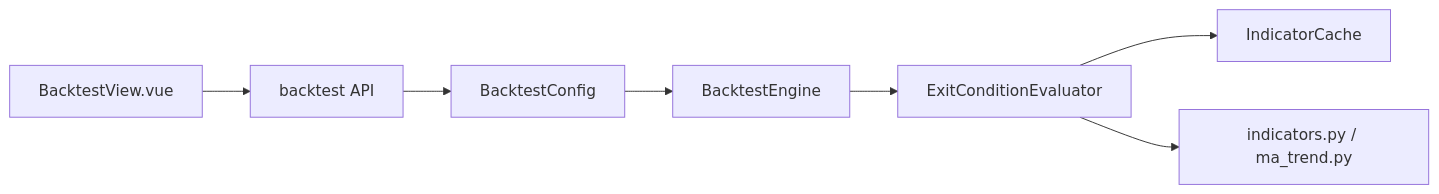
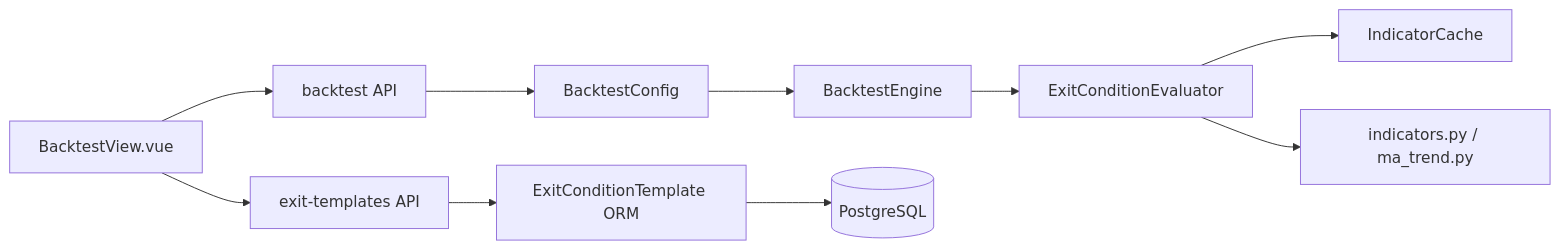
The second of 3 diagrams in .kiro/specs/backtest-exit-conditions/design.md (xdengpao/PoperRight), drawn with Mermaid before and after one commit. The commit also changed other lines of this file and 21 other files, not shown here.

````diff
--- a/.kiro/specs/backtest-exit-conditions/design.md
+++ b/.kiro/specs/backtest-exit-conditions/design.md
@@ -41,9 +46,12 @@
 ```mermaid
 graph LR
     API[backtest API] --> Config[BacktestConfig]
     Config --> Engine[BacktestEngine]
     Engine --> Evaluator[ExitConditionEvaluator]
     Evaluator --> Cache[IndicatorCache]
     Evaluator --> Indicators[indicators.py / ma_trend.py]
     Frontend[BacktestView.vue] --> API
+    Frontend --> TemplateAPI[exit-templates API]
+    TemplateAPI --> TemplateModel[ExitConditionTemplate ORM]
+    TemplateModel --> PG[(PostgreSQL)]
 ```
````
